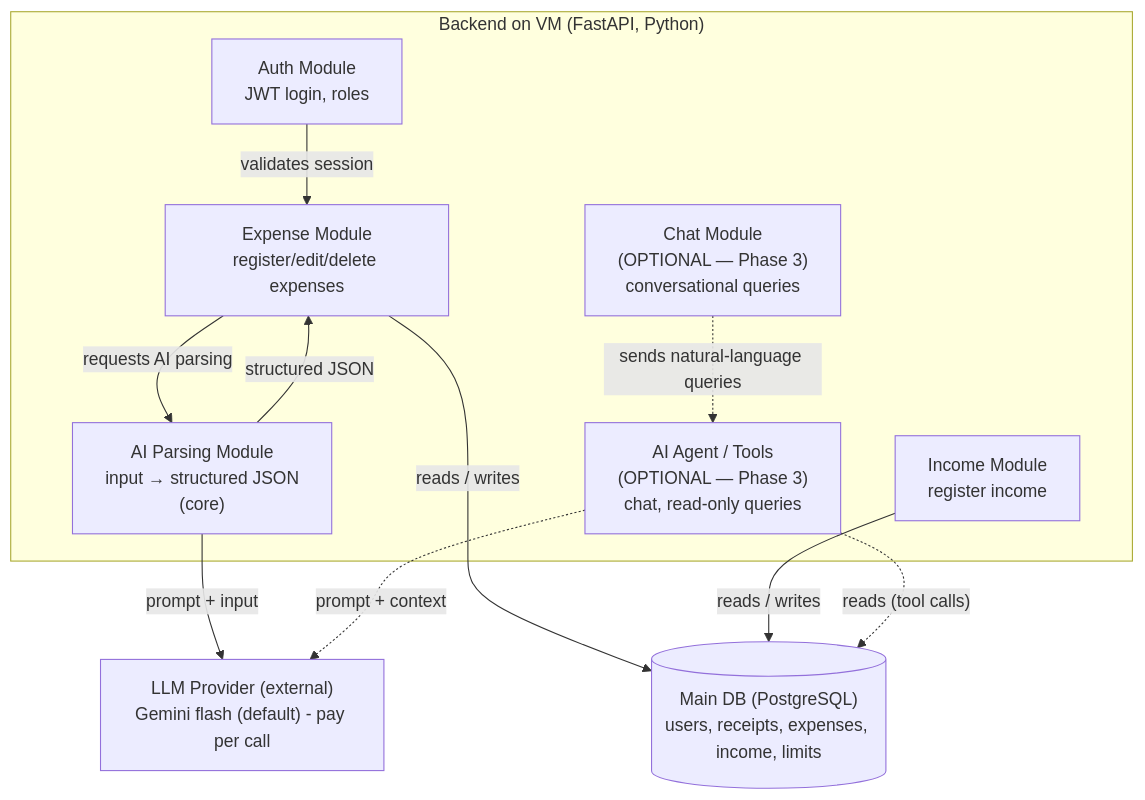
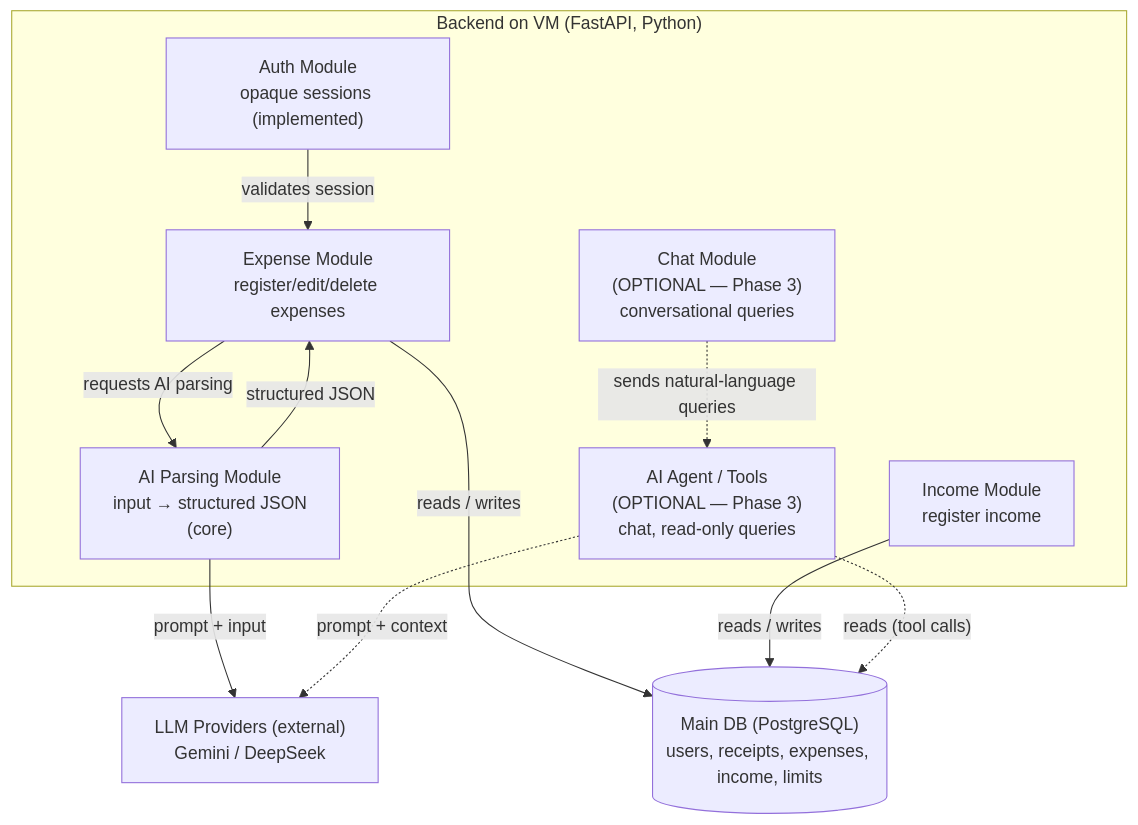
The second of 4 diagrams in docs/ARCHITECTURE.md (NullCorvus/finance-ai), drawn with Mermaid before and after one commit. The commit also changed other lines of this file and 4 other files, not shown here.

Commit message:
docs: reconcile technical architecture with implemented services

````diff
--- a/docs/ARCHITECTURE.md
+++ b/docs/ARCHITECTURE.md
@@ -63,24 +94,24 @@
 ```mermaid
 flowchart TD
     subgraph API["Backend on VM (FastAPI, Python)"]
-        auth["Auth Module<br/>JWT login, roles"]
+        auth["Auth Module<br/>opaque sessions (implemented)"]
         expenses["Expense Module<br/>register/edit/delete expenses"]
         income["Income Module<br/>register income"]
         parsing["AI Parsing Module<br/>input → structured JSON<br/>(core)"]
         agent["AI Agent / Tools<br/>(OPTIONAL — Phase 3)<br/>chat, read-only queries"]
         chat["Chat Module<br/>(OPTIONAL — Phase 3)<br/>conversational queries"]
     end
 
     db[("Main DB (PostgreSQL)<br/>users, receipts, expenses, income, limits")]
-    llm["LLM Provider (external)<br/>Gemini flash (default) - pay per call"]
+    llm["LLM Providers (external)<br/>Gemini / DeepSeek"]
 
     auth -->|"validates session"| expenses
     expenses -->|"requests AI parsing"| parsing
     parsing -->|"prompt + input"| llm
     parsing -->|"structured JSON"| expenses
     expenses -->|"reads / writes"| db
     income -->|"reads / writes"| db
     chat -.->|"sends natural-language queries"| agent
     agent -.->|"prompt + context"| llm
     agent -.->|"reads (tool calls)"| db
 ```
````
